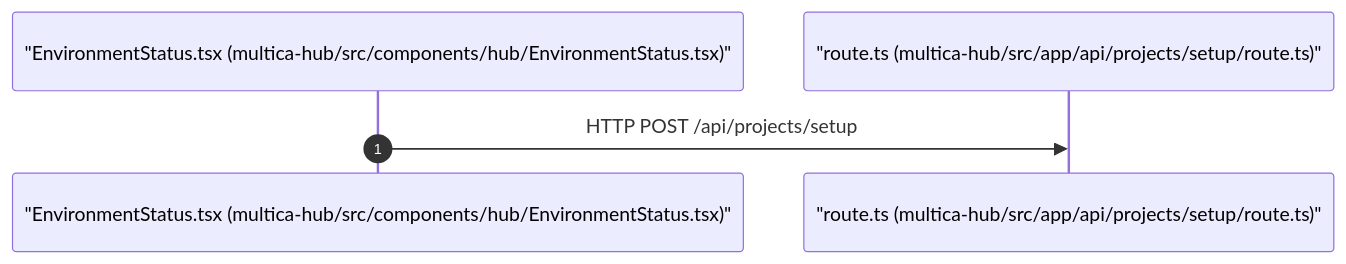
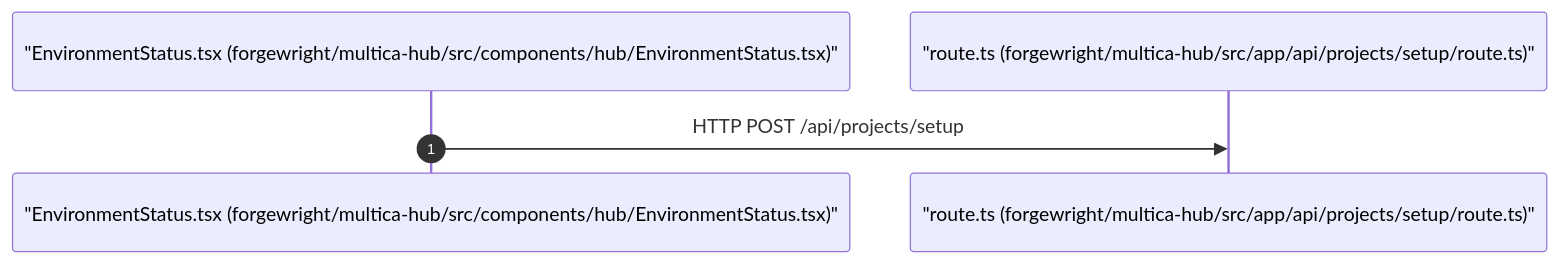
One commit to buiphucminhtam/forgewright changed the diagram in docs/architecture/flows/POST-_api_projects_setup.md. Above: the diagram before and after it, drawn with Mermaid. The commit also changed other lines of this file and 1 other file, not shown here.

Commit message:
docs: regenerate sequence flow diagrams for projects API

````diff
--- a/docs/architecture/flows/POST-_api_projects_setup.md
+++ b/docs/architecture/flows/POST-_api_projects_setup.md
@@ -6,8 +6,8 @@
 ```mermaid
 sequenceDiagram
     autonumber
-    participant multica_hub_src_components_hub_EnvironmentStatus_tsx as "EnvironmentStatus.tsx (multica-hub/src/components/hub/EnvironmentStatus.tsx)"
-    participant multica_hub_src_app_api_projects_setup_route_ts as "route.ts (multica-hub/src/app/api/projects/setup/route.ts)"
+    participant forgewright_multica_hub_src_components_hub_EnvironmentStatus_tsx as "EnvironmentStatus.tsx (forgewright/multica-hub/src/components/hub/EnvironmentStatus.tsx)"
+    participant forgewright_multica_hub_src_app_api_projects_setup_route_ts as "route.ts (forgewright/multica-hub/src/app/api/projects/setup/route.ts)"
 
-    multica_hub_src_components_hub_EnvironmentStatus_tsx->>multica_hub_src_app_api_projects_setup_route_ts: HTTP POST /api/projects/setup
+    forgewright_multica_hub_src_components_hub_EnvironmentStatus_tsx->>forgewright_multica_hub_src_app_api_projects_setup_route_ts: HTTP POST /api/projects/setup
 ```
````
